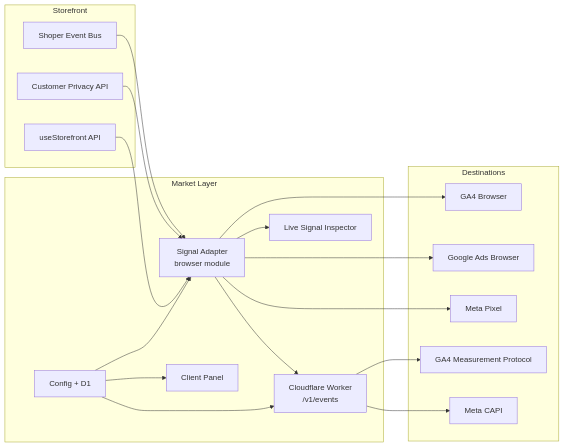
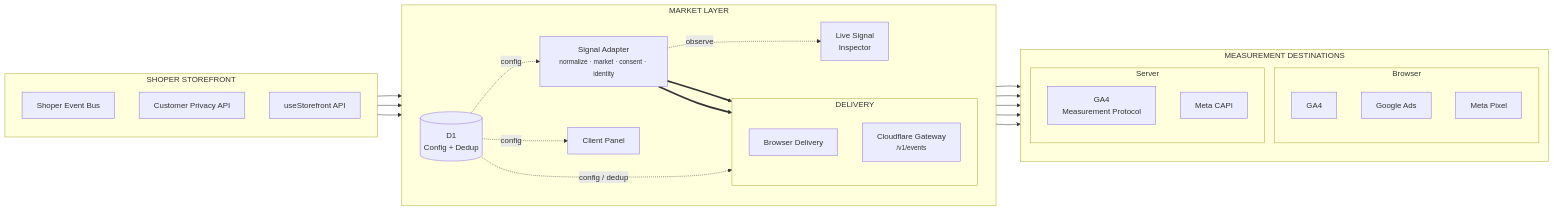
The diagram in README.md (nikkitb/market-layer), drawn with Mermaid before and after one commit.

Commit message:
docs: improve architecture diagram

````diff
--- a/README.md
+++ b/README.md
@@ -19,38 +19,62 @@
 ```mermaid
 flowchart LR
-    subgraph Storefront
-        A[Shoper Event Bus]
-        B[Customer Privacy API]
-        C[useStorefront API]
+
+    subgraph SF["SHOPER STOREFRONT"]
+        direction TB
+        EB["Shoper Event Bus"]
+        CP["Customer Privacy API"]
+        SA["useStorefront API"]
     end
 
-    subgraph Market Layer
-        D[Signal Adapter<br/>browser module]
-        E[Cloudflare Worker<br/>/v1/events]
-        F[Config + D1]
-        G[Client Panel]
-        H[Live Signal Inspector]
+    subgraph ML["MARKET LAYER"]
+        direction LR
+
+        AD["Signal Adapter<br/><small>normalize · market · consent · identity</small>"]
+
+        subgraph DELIVERY["DELIVERY"]
+            direction TB
+            BD["Browser Delivery"]
+            GW["Cloudflare Gateway<br/><small>/v1/events</small>"]
+        end
+
+        CFG[("D1<br/>Config + Dedup")]
+
+        INS["Live Signal<br/>Inspector"]
+        PANEL["Client Panel"]
     end
 
-    subgraph Destinations
-        I[GA4 Browser]
-        J[Google Ads Browser]
-        K[Meta Pixel]
-        L[GA4 Measurement Protocol]
-        M[Meta CAPI]
+    subgraph DEST["MEASUREMENT DESTINATIONS"]
+        direction TB
+
+        subgraph WEB["Browser"]
+            GA4["GA4"]
+            GADS["Google Ads"]
+            META["Meta Pixel"]
+        end
+
+        subgraph SERVER["Server"]
+            GA4S["GA4<br/>Measurement Protocol"]
+            MCAPI["Meta CAPI"]
+        end
     end
 
-    A --> D
-    B --> D
-    C --> D
-    D --> I
-    D --> J
-    D --> K
-    D --> E
-    E --> L
-    E --> M
-    F --> D
-    F --> E
-    F --> G
-    D --> H
+    EB --> AD
+    CP --> AD
+    SA --> AD
+
+    AD ==> BD
+    AD ==> GW
+
+    BD --> GA4
+    BD --> GADS
+    BD --> META
+
+    GW --> GA4S
+    GW --> MCAPI
+
+    CFG -. config .-> AD
+    CFG -. config / dedup .-> GW
+    CFG -. config .-> PANEL
+
+    AD -. observe .-> INS
 ```
````
